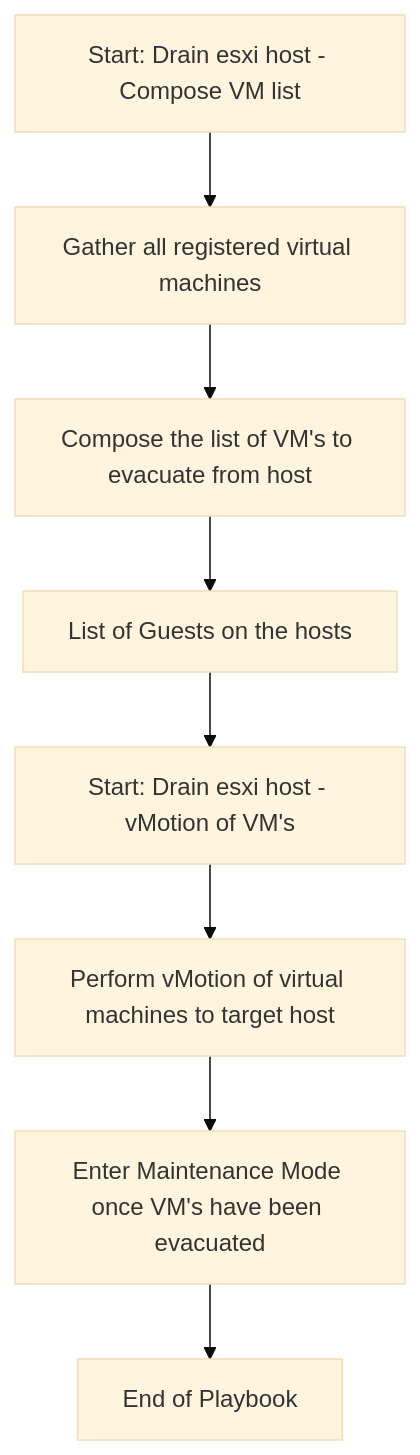
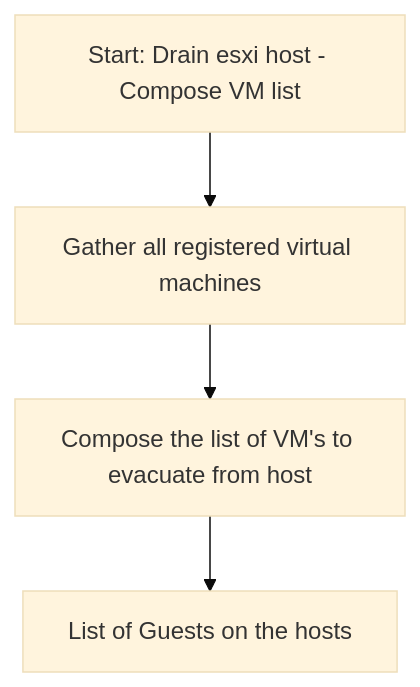
One commit to joejcollins/atlanta-shore changed the diagram in docs/data/processing.md. Above: the diagram before and after it, drawn with Mermaid (base theme).

Commit message:
Short diagram

````diff
--- a/docs/data/processing.md
+++ b/docs/data/processing.md
@@ -9,10 +9,6 @@
 ```mermaid
 graph TD
     A[Start: Drain esxi host - Compose VM list] --> B[Gather all registered virtual machines]
     B --> C[Compose the list of VM's to evacuate from host]
     C --> D[List of Guests on the hosts]
-    D --> E[Start: Drain esxi host - vMotion of VM's]
-    E --> F[Perform vMotion of virtual machines to target host]
-    F --> G[Enter Maintenance Mode once VM's have been evacuated]
-    G --> H[End of Playbook]
 ```
````
